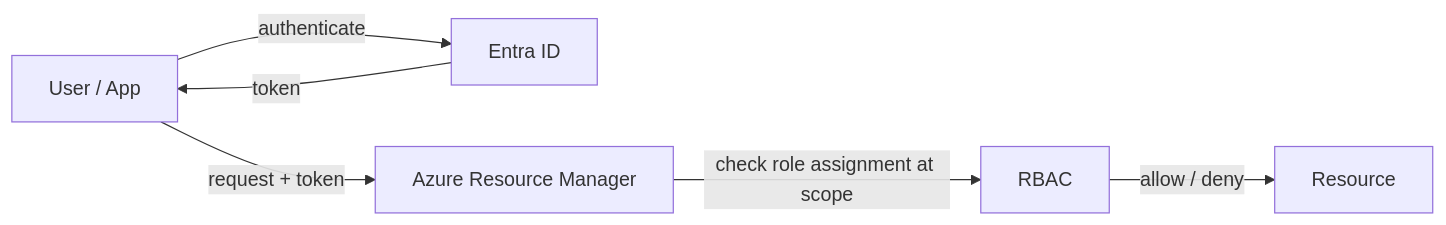
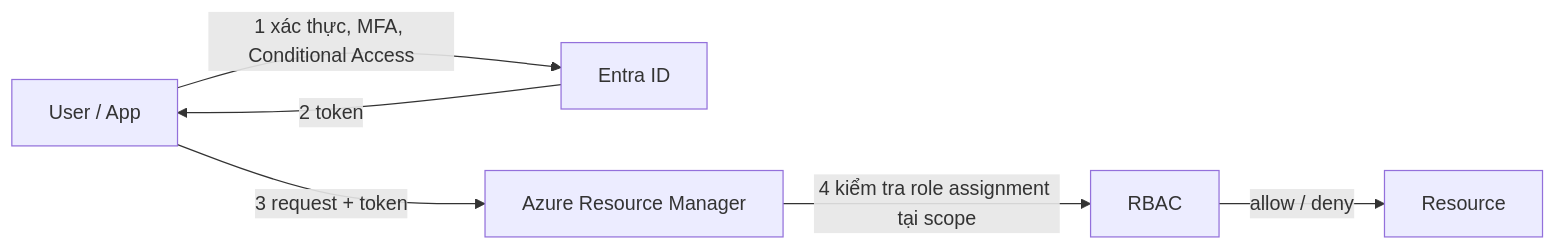
One commit to passion-Infinity/personal-tech-playbook changed the diagram in src/assets/knowledge/playbooks/azure/entra-id-rbac.md. Above: the diagram before and after it, drawn with Mermaid. The commit also changed other lines of this file and 6 other files, not shown here.

First line of the commit message:
Deep-dive rewrite: Azure core architecture, Entra ID/RBAC, VMs, Storage, Networking

````diff
--- a/src/assets/knowledge/playbooks/azure/entra-id-rbac.md
+++ b/src/assets/knowledge/playbooks/azure/entra-id-rbac.md
@@ -17,8 +33,8 @@
 ```mermaid
 flowchart LR
-    U[User / App] -->|authenticate| E[Entra ID]
-    E -->|token| U
-    U -->|request + token| ARM[Azure Resource Manager]
-    ARM -->|check role assignment at scope| R[RBAC]
-    R -->|allow / deny| RES[Resource]
+    U[User / App] -->|"1 xác thực, MFA, Conditional Access"| E[Entra ID]
+    E -->|"2 token"| U
+    U -->|"3 request + token"| ARM[Azure Resource Manager]
+    ARM -->|"4 kiểm tra role assignment tại scope"| R[RBAC]
+    R -->|"allow / deny"| RES[Resource]
 ```
````
